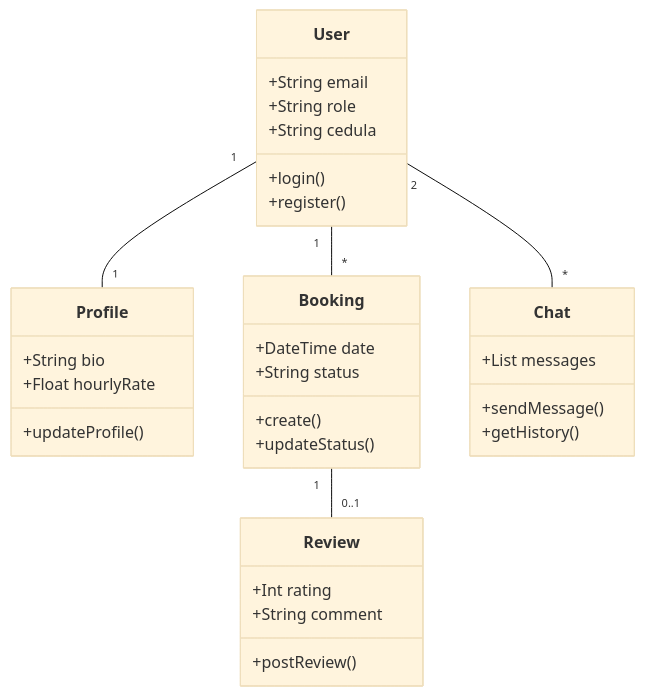
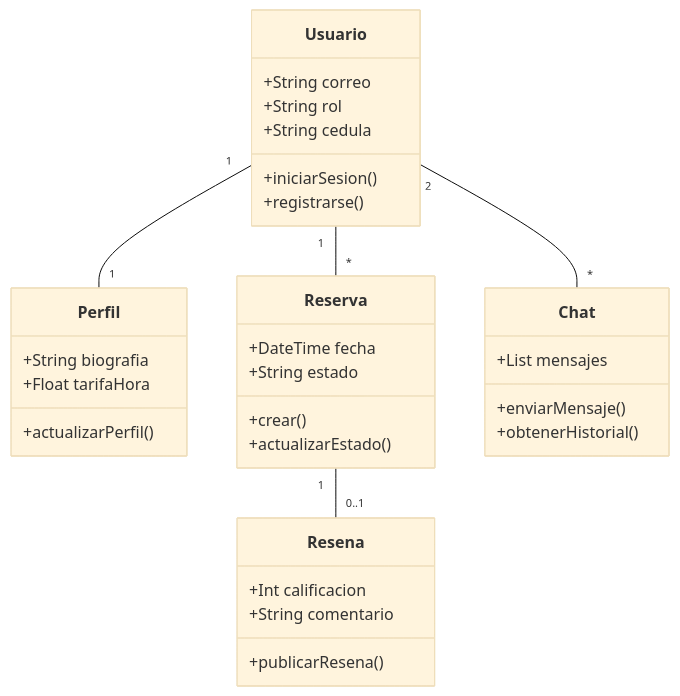
Before and after one commit to abneririgoyen296-prog/Rent-girlfriends: the second of 2 diagrams in Proyecto/documentacion_proyecto.md, drawn with Mermaid (base theme). The commit also changed other lines of this file, not shown here.

````diff
--- a/Proyecto/documentacion_proyecto.md
+++ b/Proyecto/documentacion_proyecto.md
@@ -128,36 +128,36 @@
 ```mermaid
 classDiagram
-    class User {
-        +String email
-        +String role
+    class Usuario {
+        +String correo
+        +String rol
         +String cedula
-        +login()
-        +register()
+        +iniciarSesion()
+        +registrarse()
     }
-    class Profile {
-        +String bio
-        +Float hourlyRate
-        +updateProfile()
+    class Perfil {
+        +String biografia
+        +Float tarifaHora
+        +actualizarPerfil()
     }
-    class Booking {
-        +DateTime date
-        +String status
-        +create()
-        +updateStatus()
+    class Reserva {
+        +DateTime fecha
+        +String estado
+        +crear()
+        +actualizarEstado()
     }
     class Chat {
-        +List messages
-        +sendMessage()
-        +getHistory()
+        +List mensajes
+        +enviarMensaje()
+        +obtenerHistorial()
     }
-    class Review {
-        +Int rating
-        +String comment
-        +postReview()
+    class Resena {
+        +Int calificacion
+        +String comentario
+        +publicarResena()
     }
 
-    User "1" -- "1" Profile
-    User "1" -- "*" Booking
-    Booking "1" -- "0..1" Review
-    User "2" -- "*" Chat
+    Usuario "1" -- "1" Perfil
+    Usuario "1" -- "*" Reserva
+    Reserva "1" -- "0..1" Resena
+    Usuario "2" -- "*" Chat
 ```
````
